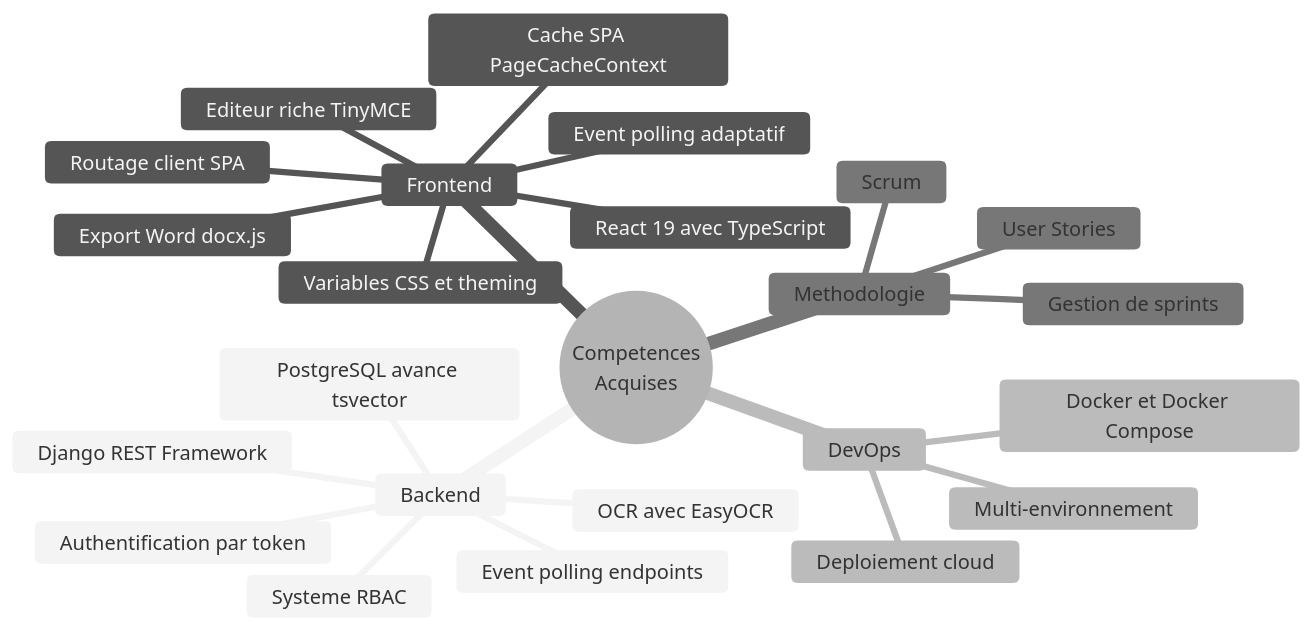
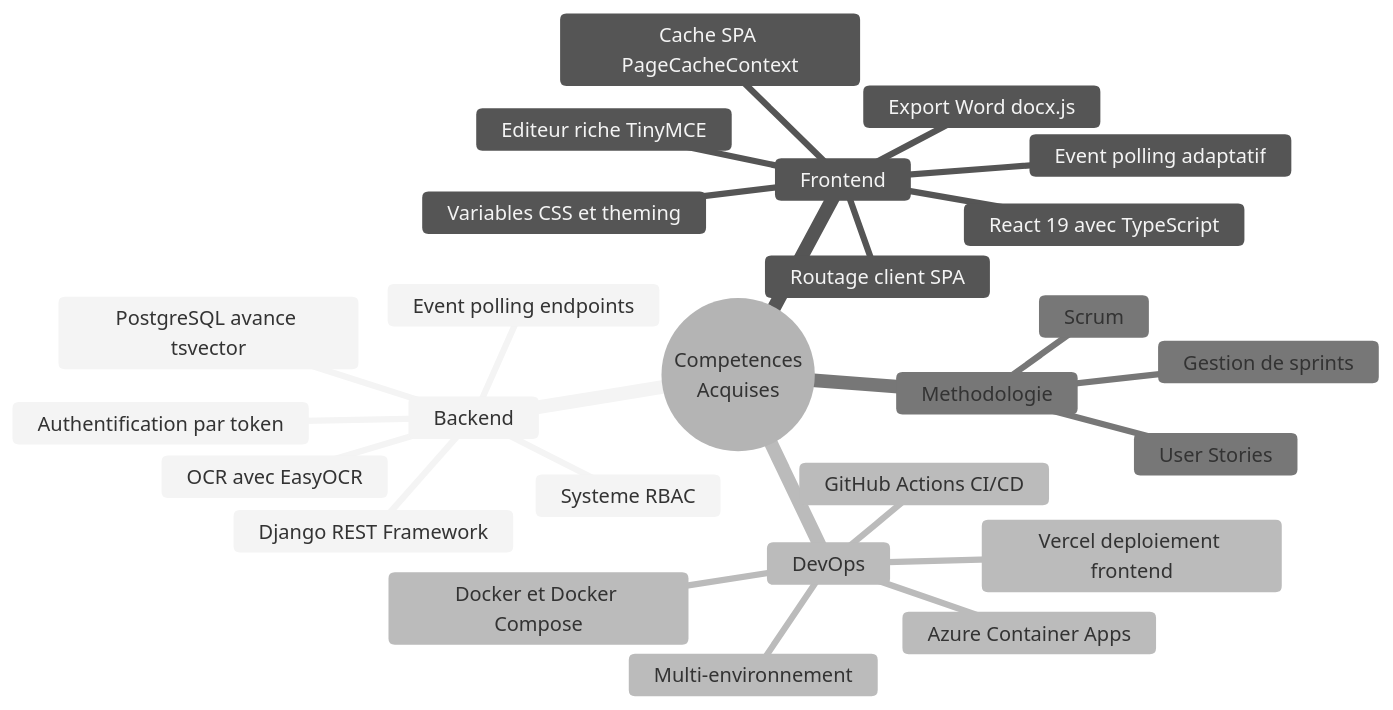
Before and after one commit to mohamedYassinChayada/stage-perf: the second of 2 diagrams in rapport/chapitre-6-conclusion-generale.md, drawn with Mermaid (neutral theme). The commit also changed other lines of this file and 12 other files, not shown here.

Commit message:
feat: Update UserProfile model to store avatar as base64 data URI and add deployment architecture documentation

````diff
--- a/rapport/chapitre-6-conclusion-generale.md
+++ b/rapport/chapitre-6-conclusion-generale.md
@@ -60,27 +60,29 @@
 ```mermaid
 mindmap
   root((Competences<br/>Acquises))
     Backend
       Django REST Framework
       Authentification par token
       Systeme RBAC
       PostgreSQL avance tsvector
       OCR avec EasyOCR
       Event polling endpoints
     Frontend
       React 19 avec TypeScript
       Routage client SPA
       Editeur riche TinyMCE
       Export Word docx.js
       Event polling adaptatif
       Cache SPA PageCacheContext
       Variables CSS et theming
     DevOps
       Docker et Docker Compose
+      Azure Container Apps
+      Vercel deploiement frontend
+      GitHub Actions CI/CD
       Multi-environnement
-      Deploiement cloud
     Methodologie
       Scrum
       Gestion de sprints
       User Stories
 ```
````
